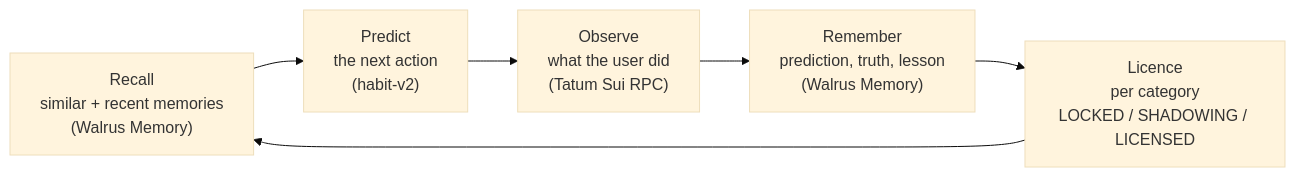
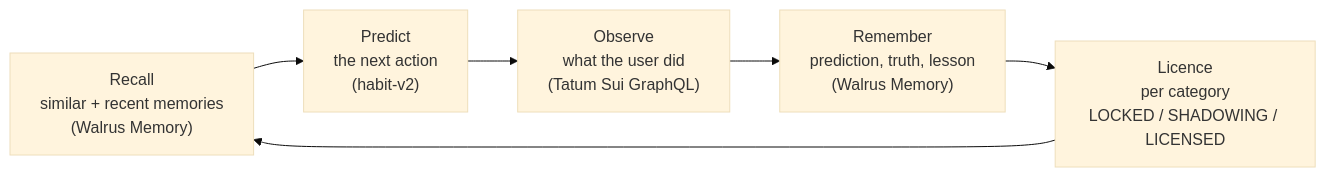
One commit to itsolaph/shadowright changed the diagram in README.md. Above: the diagram before and after it, drawn with Mermaid (base theme). The commit also changed other lines of this file, not shown here.

Commit message:
Correct the Tatum GraphQL reach and credit totals in the README

````diff
--- a/README.md
+++ b/README.md
@@ -25,8 +25,8 @@
 ```mermaid
 flowchart LR
     R["Recall<br/>similar + recent memories<br/>(Walrus Memory)"] --> P["Predict<br/>the next action<br/>(habit-v2)"]
-    P --> O["Observe<br/>what the user did<br/>(Tatum Sui RPC)"]
+    P --> O["Observe<br/>what the user did<br/>(Tatum Sui GraphQL)"]
     O --> M["Remember<br/>prediction, truth, lesson<br/>(Walrus Memory)"]
     M --> L["Licence<br/>per category<br/>LOCKED / SHADOWING / LICENSED"]
     L --> R
 ```
````
